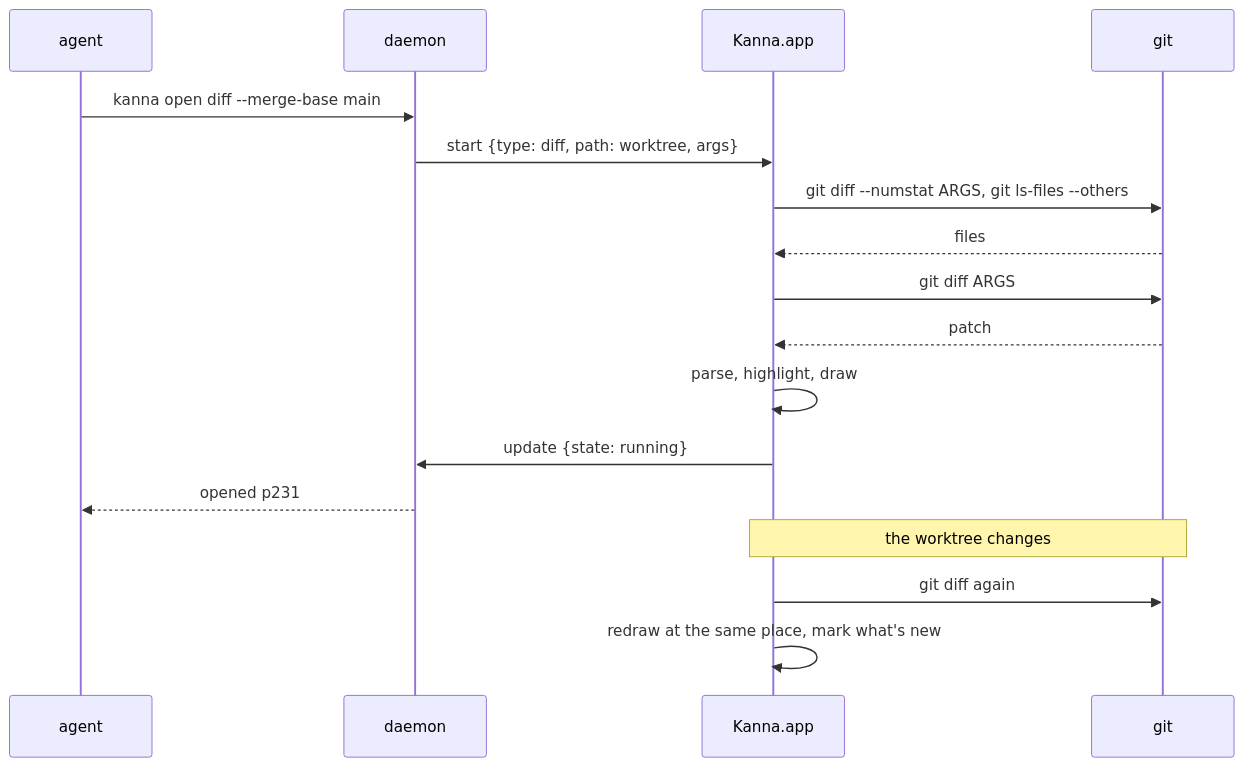
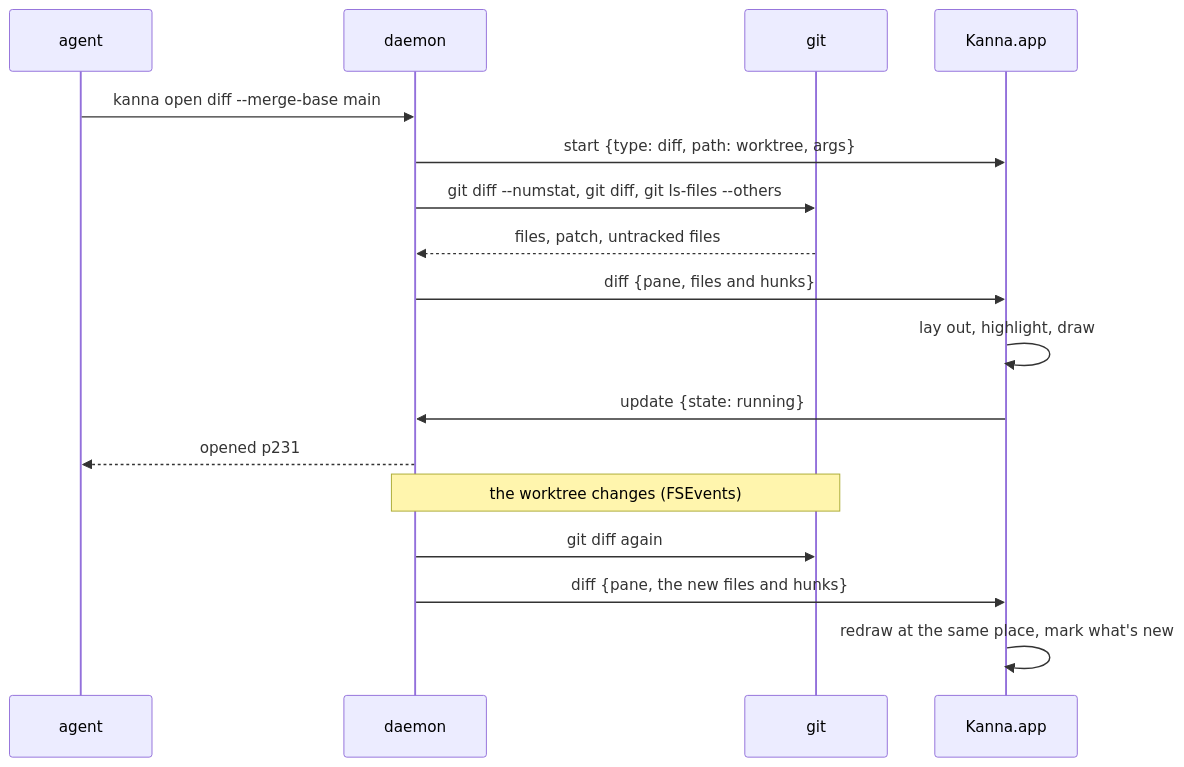
One commit to jemdiggity/kanna-v4 changed the first of 2 diagrams in docs/specs/diff-viewer.md. Above: the diagram before and after it, drawn with Mermaid. The commit also changed other lines of this file and 9 other files, not shown here.

````diff
--- a/docs/specs/diff-viewer.md
+++ b/docs/specs/diff-viewer.md
@@ -20,19 +20,19 @@
 ```mermaid
 sequenceDiagram
     participant A as agent
     participant D as daemon
+    participant G as git
     participant App as Kanna.app
-    participant G as git
     A->>D: kanna open diff --merge-base main
     D->>App: start {type: diff, path: worktree, args}
-    App->>G: git diff --numstat ARGS, git ls-files --others
-    G-->>App: files
-    App->>G: git diff ARGS
-    G-->>App: patch
-    App->>App: parse, highlight, draw
+    D->>G: git diff --numstat, git diff, git ls-files --others
+    G-->>D: files, patch, untracked files
+    D->>App: diff {pane, files and hunks}
+    App->>App: lay out, highlight, draw
     App->>D: update {state: running}
     D-->>A: opened p231
-    Note over App,G: the worktree changes
-    App->>G: git diff again
+    Note over D,G: the worktree changes (FSEvents)
+    D->>G: git diff again
+    D->>App: diff {pane, the new files and hunks}
     App->>App: redraw at the same place, mark what's new
 ```
````
